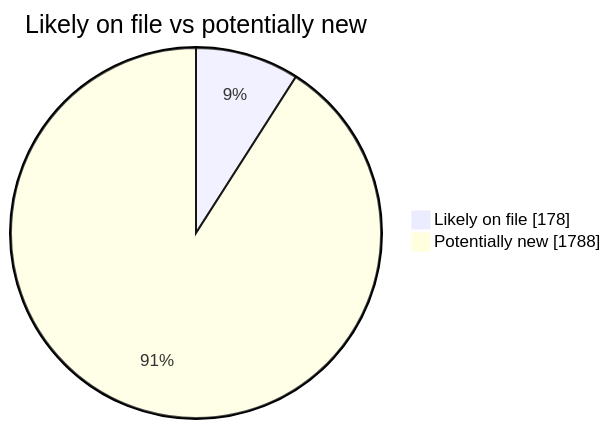
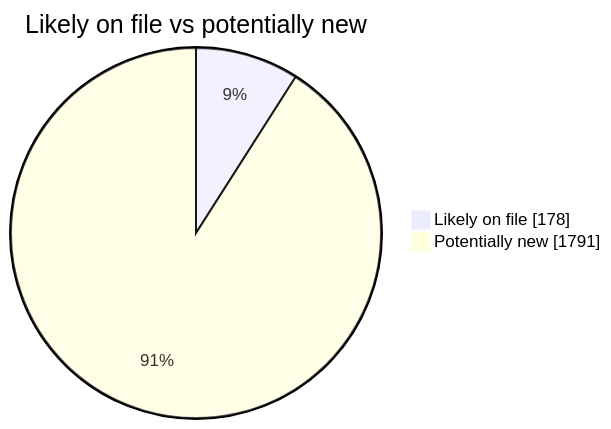
One commit to martinbalfanz/social-scanner-reports changed the second of 4 diagrams in README.md. Above: the diagram before and after it, drawn with Mermaid. The commit also changed other lines of this file and 4 other files, not shown here.

````diff
--- a/README.md
+++ b/README.md
@@ -40,5 +40,5 @@
 ```mermaid
 pie showData title Likely on file vs potentially new
     "Likely on file" : 178
-    "Potentially new" : 1788
+    "Potentially new" : 1791
 ```
````
